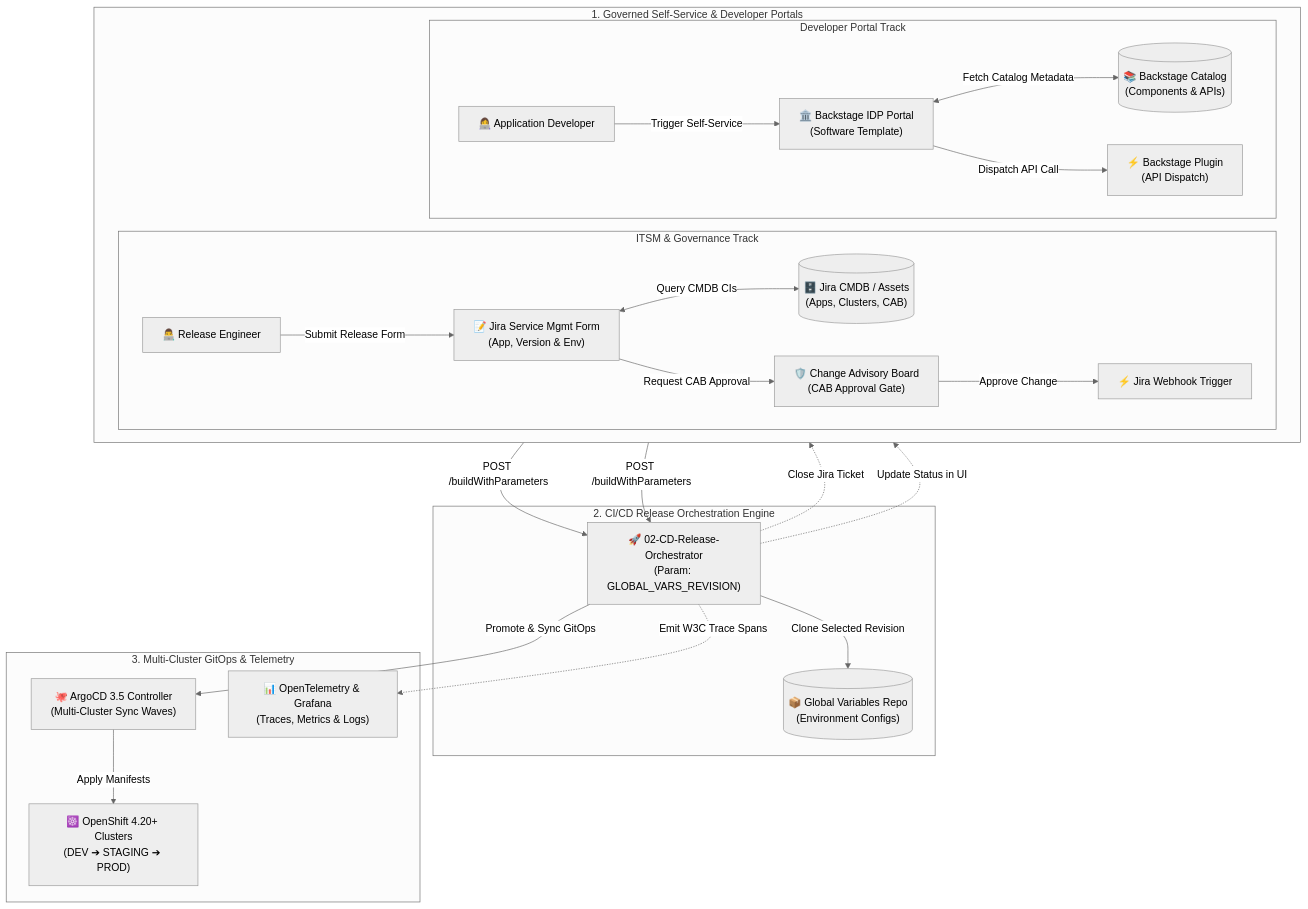
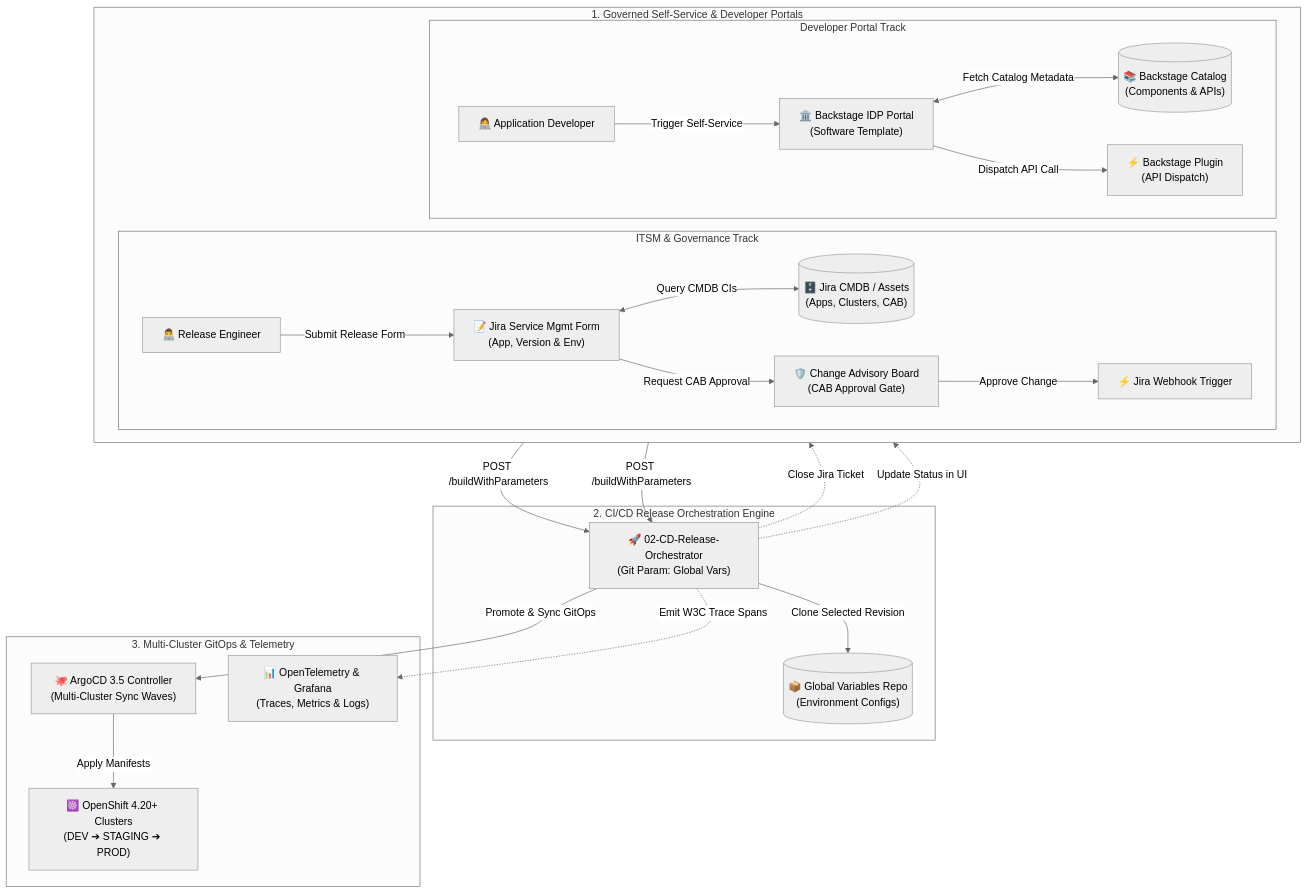
Before and after one commit to nubenetes/jenkins-git-parameter: the fourth of 4 diagrams in README.md, drawn with Mermaid (neutral theme).

Commit message:
docs: replace long uninterrupted parameter string with (Git Param: Global Vars) in Diagram 4

````diff
--- a/README.md
+++ b/README.md
@@ -468,49 +468,49 @@
 ```mermaid
 flowchart TB
     subgraph SelfServicePortals["1. Governed Self-Service & Developer Portals"]
         direction LR
         subgraph JiraTrack["ITSM & Governance Track"]
             JiraUser["👨‍💻 Release Engineer"]
             JiraForm["📝 Jira Service Mgmt Form<br/>(App, Version & Env)"]
             CMDB[("🗄️ Jira CMDB / Assets<br/>(Apps, Clusters, CAB)")]
             CAB["🛡️ Change Advisory Board<br/>(CAB Approval Gate)"]
             JiraWebhook["⚡ Jira Webhook Trigger"]
         end
 
         subgraph BackstageTrack["Developer Portal Track"]
             DevUser["👩‍💻 Application Developer"]
             BackstageUI["🏛️ Backstage IDP Portal<br/>(Software Template)"]
             BackstageCatalog[("📚 Backstage Catalog<br/>(Components & APIs)")]
             BackstagePlugin["⚡ Backstage Plugin<br/>(API Dispatch)"]
         end
     end
 
     subgraph CI_CD_Layer["2. CI/CD Release Orchestration Engine"]
-        JenkinsCD["🚀 02-CD-Release-Orchestrator<br/>(Param: GLOBAL_VARS_REVISION)"]
+        JenkinsCD["🚀 02-CD-Release-Orchestrator<br/>(Git Param: Global Vars)"]
         GlobalVars[("📦 Global Variables Repo<br/>(Environment Configs)")]
     end
 
     subgraph DeploymentObservabilityLayer["3. Multi-Cluster GitOps & Telemetry"]
         Argo["🐙 ArgoCD 3.5 Controller<br/>(Multi-Cluster Sync Waves)"]
         OCP["☸️ OpenShift 4.20+ Clusters<br/>(DEV ➔ STAGING ➔ PROD)"]
         OTel["📊 OpenTelemetry & Grafana<br/>(Traces, Metrics & Logs)"]
     end
 
     JiraUser -->|Submit Release Form| JiraForm
     JiraForm <-->|Query CMDB CIs| CMDB
     JiraForm -->|Request CAB Approval| CAB
     CAB -->|Approve Change| JiraWebhook
     JiraWebhook -->|POST /buildWithParameters| JenkinsCD
 
     DevUser -->|Trigger Self-Service| BackstageUI
     BackstageUI <-->|Fetch Catalog Metadata| BackstageCatalog
     BackstageUI -->|Dispatch API Call| BackstagePlugin
     BackstagePlugin -->|POST /buildWithParameters| JenkinsCD
 
     JenkinsCD -->|Clone Selected Revision| GlobalVars
     JenkinsCD -->|Promote & Sync GitOps| Argo
     Argo -->|Apply Manifests| OCP
     JenkinsCD -.->|Emit W3C Trace Spans| OTel
     JenkinsCD -.->|Close Jira Ticket| JiraForm
     JenkinsCD -.->|Update Status in UI| BackstageUI
 ```
````
